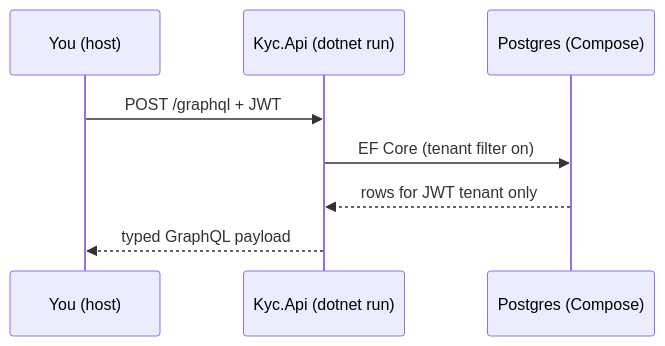
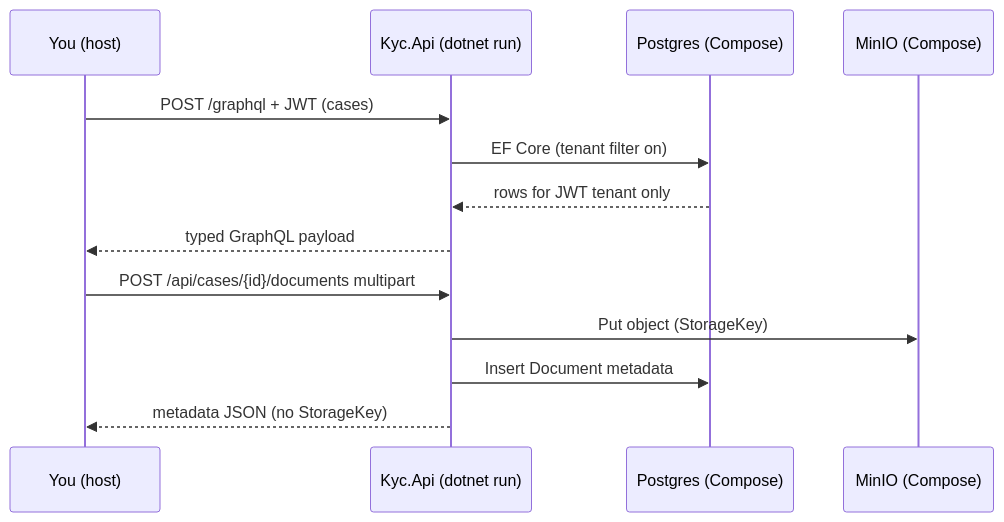
The diagram in README.STUDY.md (SDS37/kyc-multi-frontend), drawn with Mermaid before and after one commit. The commit also changed other lines of this file and 41 other files, not shown here.

First line of the commit message:
feat(api): KYC-040 Upload document (#82)

````diff
--- a/README.STUDY.md
+++ b/README.STUDY.md
@@ -35,11 +35,16 @@
 ```mermaid
 sequenceDiagram
     participant You as You (host)
     participant API as Kyc.Api (dotnet run)
     participant PG as Postgres (Compose)
+    participant MN as MinIO (Compose)
 
-    You->>API: POST /graphql + JWT
+    You->>API: POST /graphql + JWT (cases)
     API->>PG: EF Core (tenant filter on)
     PG-->>API: rows for JWT tenant only
     API-->>You: typed GraphQL payload
+    You->>API: POST /api/cases/{id}/documents multipart
+    API->>MN: Put object (StorageKey)
+    API->>PG: Insert Document metadata
+    API-->>You: metadata JSON (no StorageKey)
 ```
````
